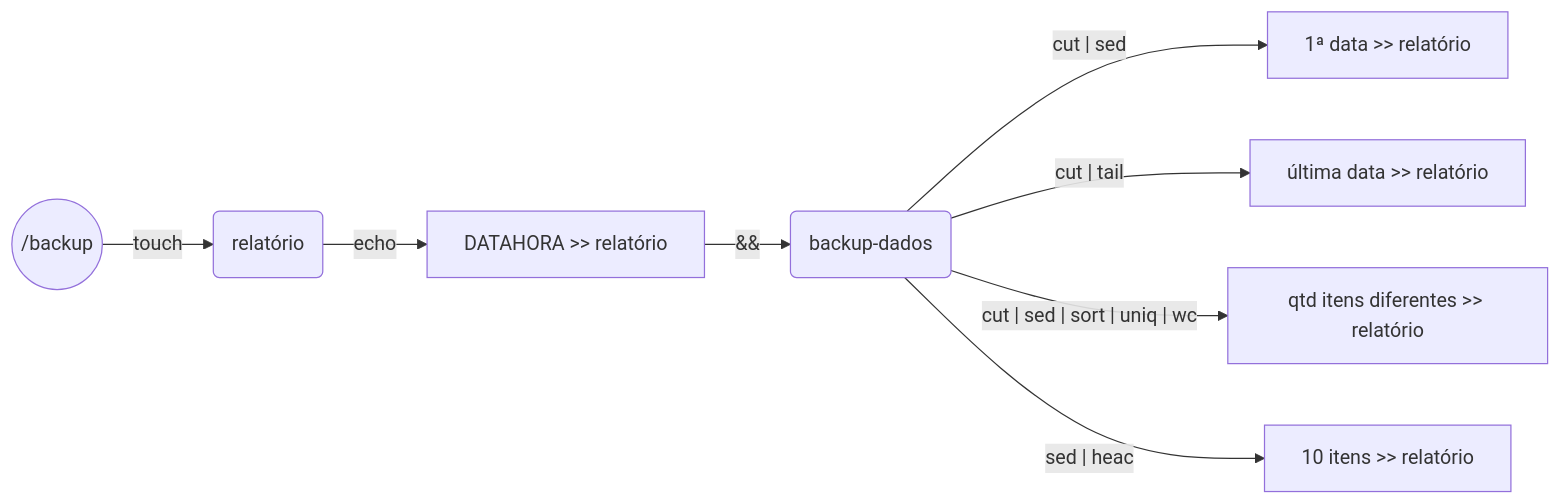
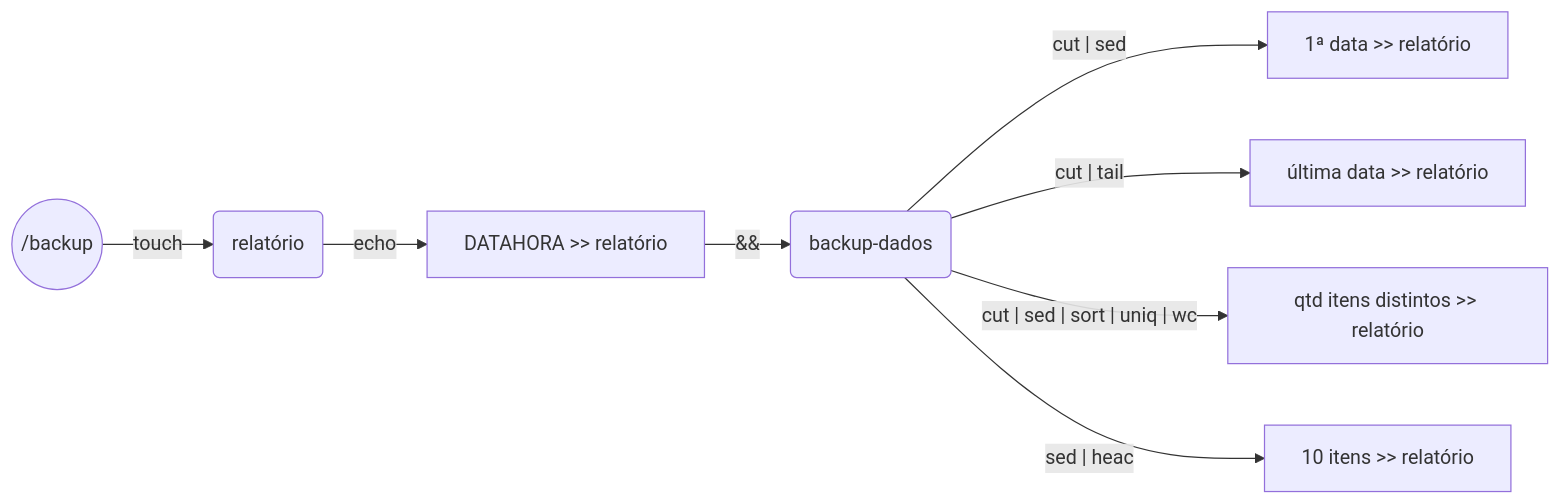
The third of 6 diagrams in sprint1/desafio/README.md (jqln-vc/compass-academy), drawn with Mermaid before and after one commit. The commit also changed other lines of this file and 22 other files, not shown here.

````diff
--- a/sprint1/desafio/README.md
+++ b/sprint1/desafio/README.md
@@ -116,10 +186,10 @@
 ```mermaid
 graph LR
     A((/backup)) --touch--> B(relatório)
     B -- echo --> C[DATAHORA >> relatório]
     C -- && --> D
     D(backup-dados) -- cut | sed --> E[1ª data >> relatório]
     D -- cut | tail --> F[última data >> relatório]
-    D -- cut | sed | sort | uniq | wc --> G[qtd itens diferentes >> relatório]
+    D -- cut | sed | sort | uniq | wc --> G[qtd itens distintos >> relatório]
     D -- sed | heac --> H[10 itens >> relatório]    
 ```
````
